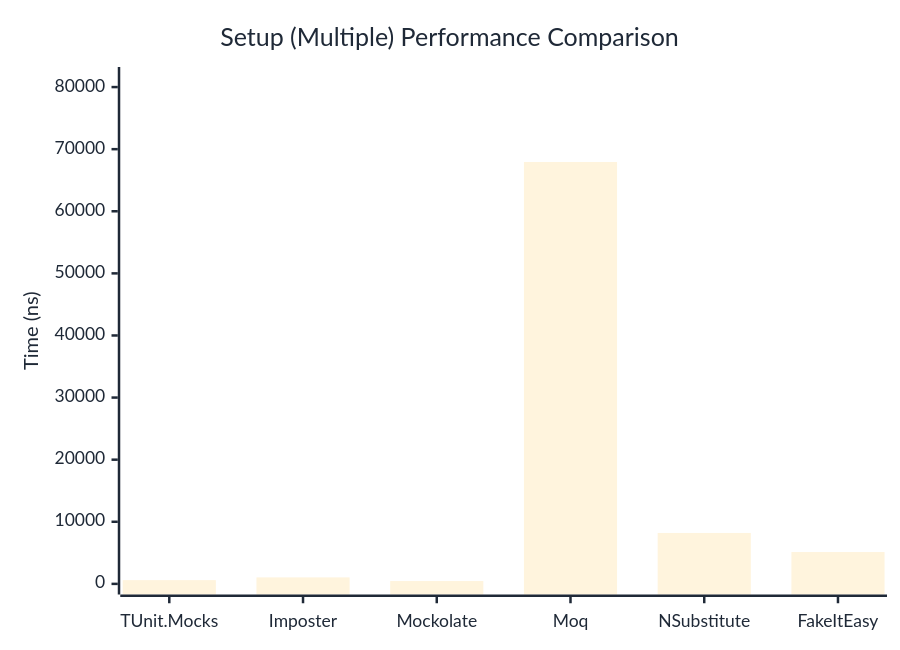
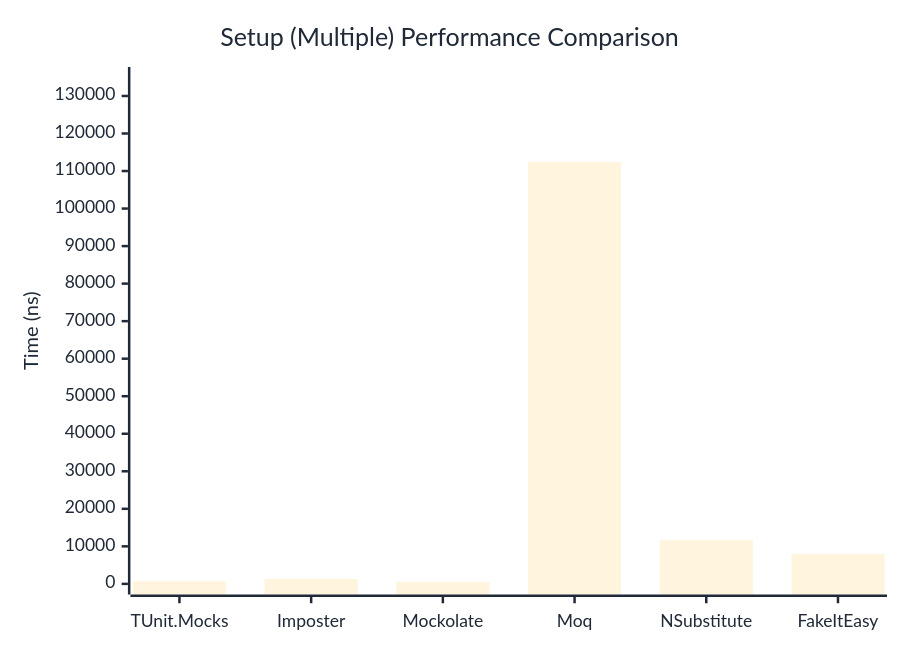
The second of 2 diagrams in docs/docs/benchmarks/mocks/Setup.md (thomhurst/TUnit), drawn with Mermaid before and after one commit. The commit also changed other lines of this file and 14 other files, not shown here.

````diff
--- a/docs/docs/benchmarks/mocks/Setup.md
+++ b/docs/docs/benchmarks/mocks/Setup.md
@@ -69,27 +69,27 @@
 ```mermaid
 %%{init: {
   'theme':'base',
   'themeVariables': {
     'primaryColor': '#2563eb',
     'primaryTextColor': '#1f2937',
     'primaryBorderColor': '#1e40af',
     'lineColor': '#6b7280',
     'secondaryColor': '#7c3aed',
     'tertiaryColor': '#dc2626',
     'background': '#ffffff',
     'pie1': '#2563eb',
     'pie2': '#7c3aed',
     'pie3': '#dc2626',
     'pie4': '#f59e0b',
     'pie5': '#10b981',
     'pie6': '#06b6d4',
     'pie7': '#ec4899',
     'pie8': '#6366f1'
   }
 }}%%
 xychart-beta
   title "Setup (Multiple) Performance Comparison"
   x-axis ["TUnit.Mocks", "Imposter", "Mockolate", "Moq", "NSubstitute", "FakeItEasy"]
-  y-axis "Time (ns)" 0 --> 81521
-  bar [601.8, 1042.5, 455.1, 67933.8, 8199, 5125.3]
+  y-axis "Time (ns)" 0 --> 134887
+  bar [716.9, 1287.4, 527.8, 112405.2, 11637.2, 7942.5]
 ```
````
